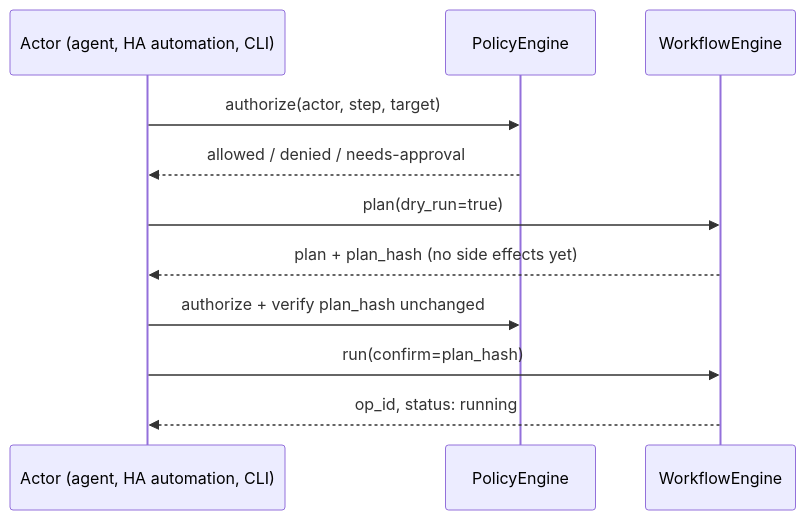
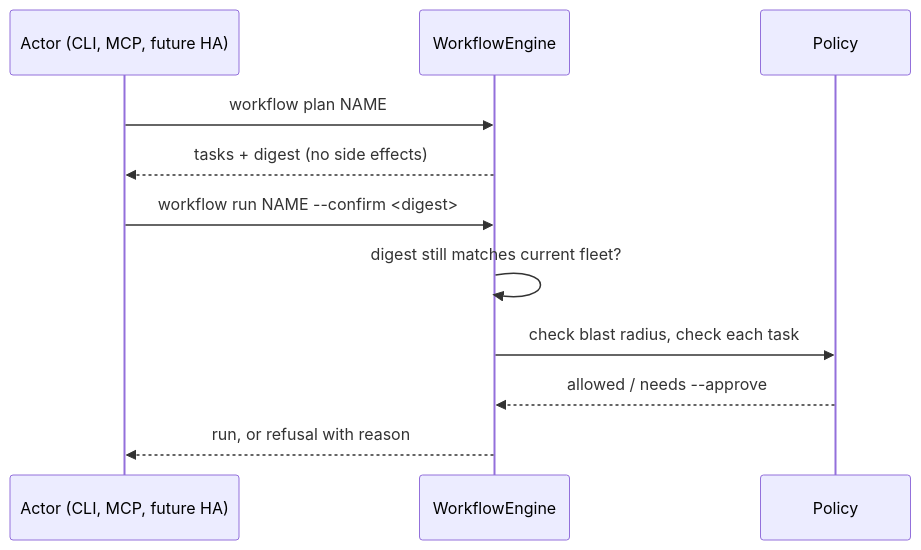
One commit to salvuswarez/fleetctl changed the diagram in docs/safety.md. Above: the diagram before and after it, drawn with Mermaid. The commit also changed other lines of this file and 17 other files, not shown here.

````diff
--- a/docs/safety.md
+++ b/docs/safety.md
@@ -71,14 +85,14 @@
 ```mermaid
 sequenceDiagram
-    participant A as Actor (agent, HA automation, CLI)
-    participant P as PolicyEngine
+    participant A as Actor (CLI, MCP, future HA)
     participant E as WorkflowEngine
+    participant P as Policy
 
-    A->>P: authorize(actor, step, target)
-    P-->>A: allowed / denied / needs-approval
-    A->>E: plan(dry_run=true)
-    E-->>A: plan + plan_hash (no side effects yet)
-    A->>P: authorize + verify plan_hash unchanged
-    A->>E: run(confirm=plan_hash)
-    E-->>A: op_id, status: running
+    A->>E: workflow plan NAME
+    E-->>A: tasks + digest (no side effects)
+    A->>E: workflow run NAME --confirm <digest>
+    E->>E: digest still matches current fleet?
+    E->>P: check blast radius, check each task
+    P-->>E: allowed / needs --approve
+    E-->>A: run, or refusal with reason
 ```
````
